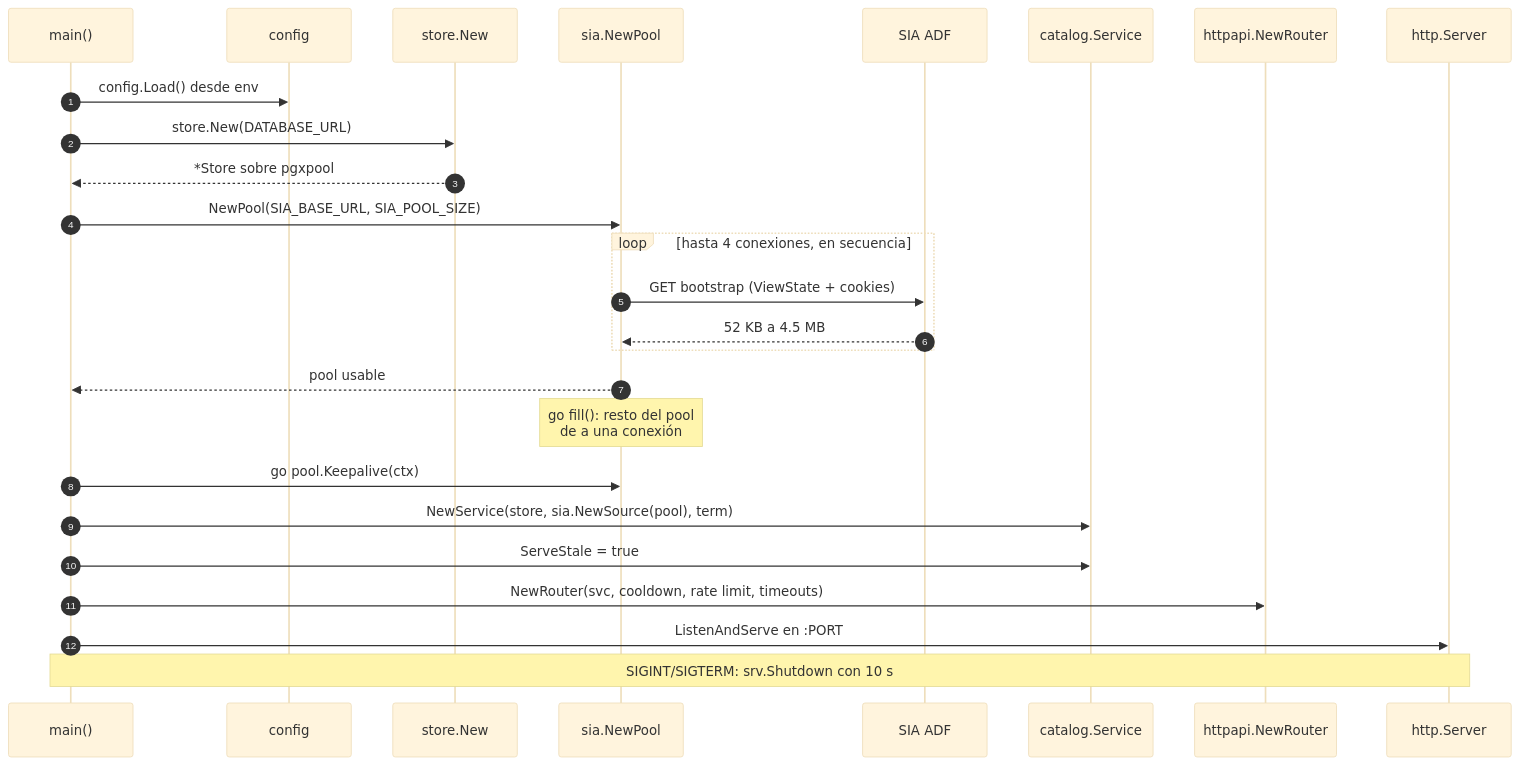
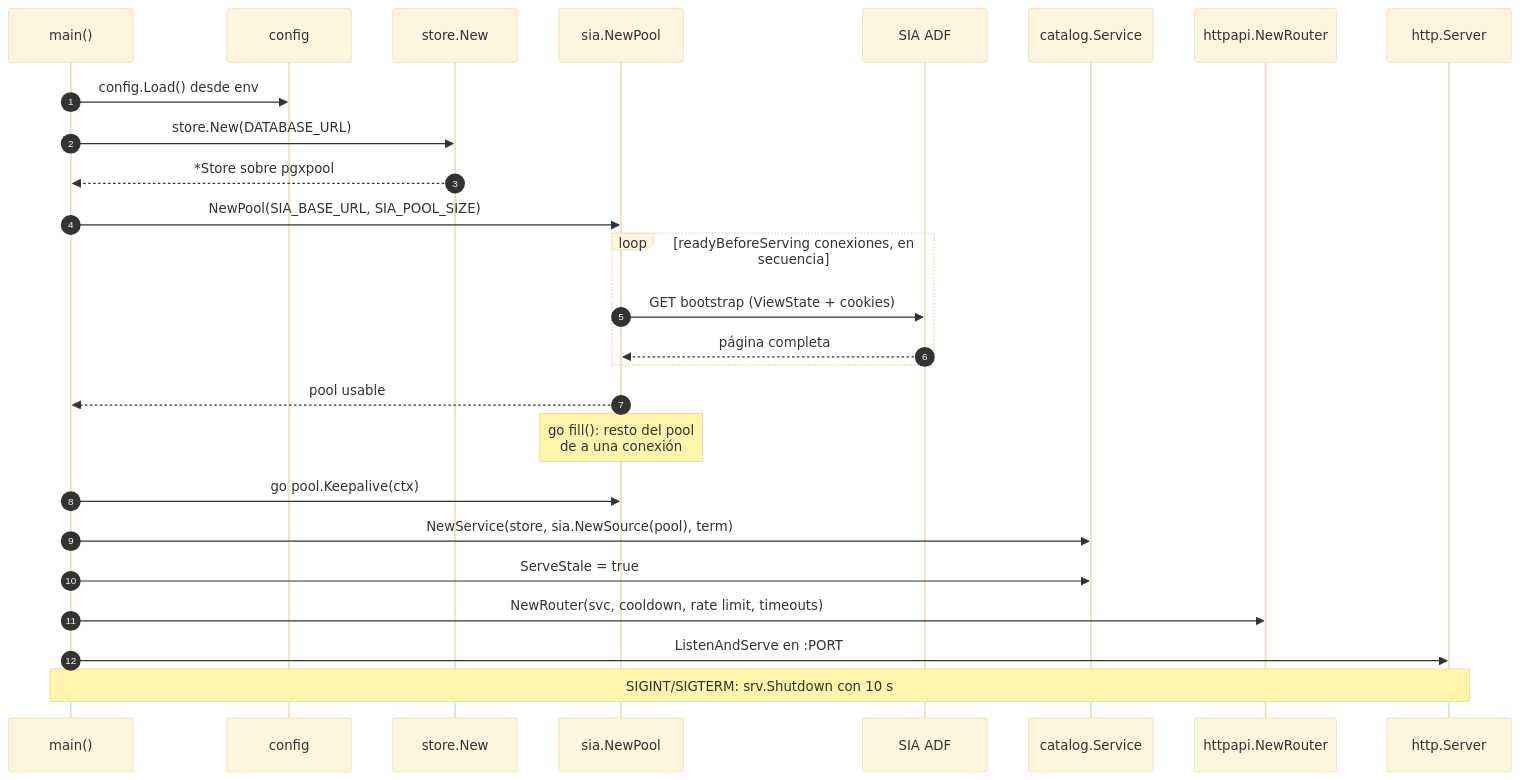
The fifth of 20 diagrams in docs/diagram.md (gabotachak/sia-unal-bridge), drawn with Mermaid (base theme) before and after one commit. The commit also changed other lines of this file and 8 other files, not shown here.

````diff
--- a/docs/diagram.md
+++ b/docs/diagram.md
@@ -197,29 +198,29 @@
 ```mermaid
 sequenceDiagram
     autonumber
     participant M as main()
     participant C as config
     participant S as store.New
     participant P as sia.NewPool
     participant SIA as SIA ADF
     participant SV as catalog.Service
     participant R as httpapi.NewRouter
     participant H as http.Server
 
     M->>C: config.Load() desde env
     M->>S: store.New(DATABASE_URL)
     S-->>M: *Store sobre pgxpool
     M->>P: NewPool(SIA_BASE_URL, SIA_POOL_SIZE)
-    loop hasta 4 conexiones, en secuencia
+    loop readyBeforeServing conexiones, en secuencia
         P->>SIA: GET bootstrap (ViewState + cookies)
-        SIA-->>P: 52 KB a 4.5 MB
+        SIA-->>P: página completa
     end
     P-->>M: pool usable
     Note over P: go fill(): resto del pool<br/>de a una conexión
     M->>P: go pool.Keepalive(ctx)
     M->>SV: NewService(store, sia.NewSource(pool), term)
     M->>SV: ServeStale = true
     M->>R: NewRouter(svc, cooldown, rate limit, timeouts)
     M->>H: ListenAndServe en :PORT
     Note over M,H: SIGINT/SIGTERM: srv.Shutdown con 10 s
 ```
````
